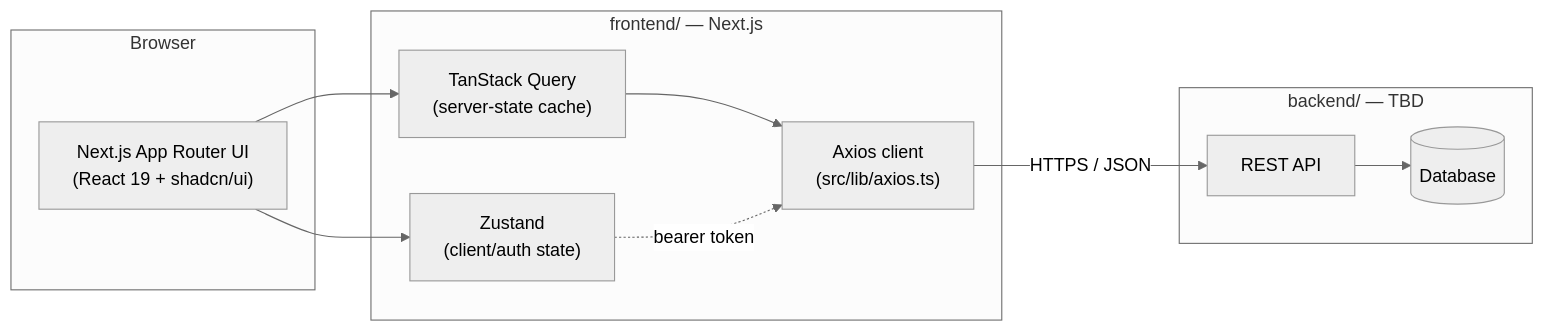
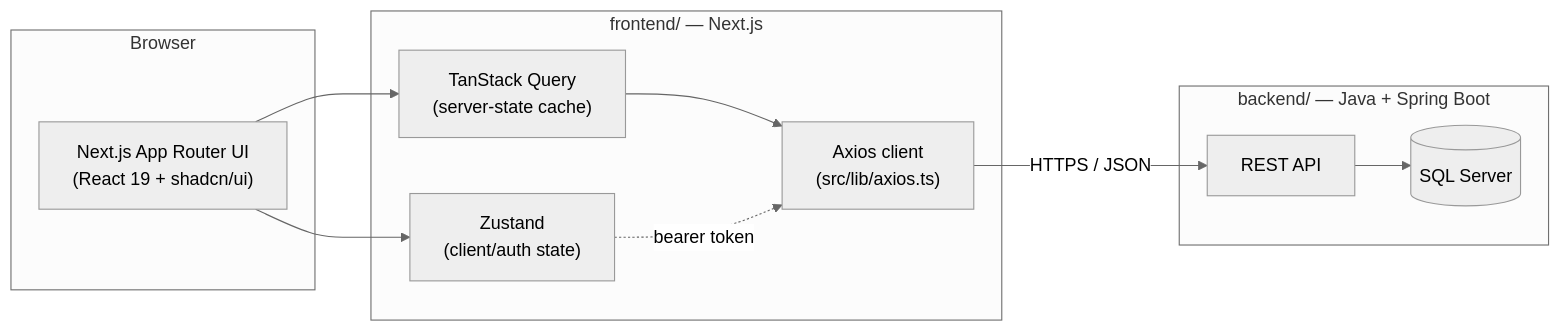
Before and after one commit to turontechnologies/T-Educare: the first of 2 diagrams in README.md, drawn with Mermaid (neutral theme). The commit also changed other lines of this file and 19 other files, not shown here.

Commit message:
feat: implement backend service with authentication and database setup

````diff
--- a/README.md
+++ b/README.md
@@ -16,24 +16,24 @@
 ```mermaid
 flowchart LR
     subgraph Client["Browser"]
         UI["Next.js App Router UI\n(React 19 + shadcn/ui)"]
     end
 
     subgraph Frontend["frontend/ — Next.js"]
         RQ["TanStack Query\n(server-state cache)"]
         ZU["Zustand\n(client/auth state)"]
         AX["Axios client\n(src/lib/axios.ts)"]
     end
 
-    subgraph Backend["backend/ — TBD"]
+    subgraph Backend["backend/ — Java + Spring Boot"]
         API["REST API"]
-        DB[("Database")]
+        DB[("SQL Server")]
     end
 
     UI --> RQ
     UI --> ZU
     RQ --> AX
     ZU -. "bearer token" .-> AX
     AX -- "HTTPS / JSON" --> API
     API --> DB
 ```
````
